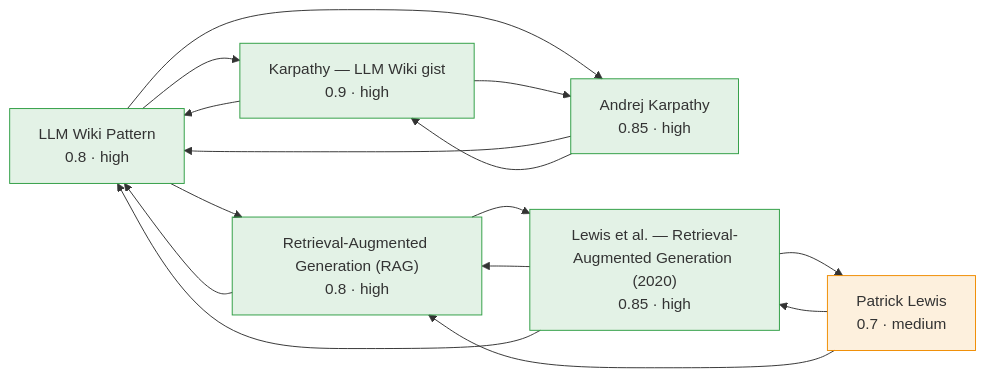
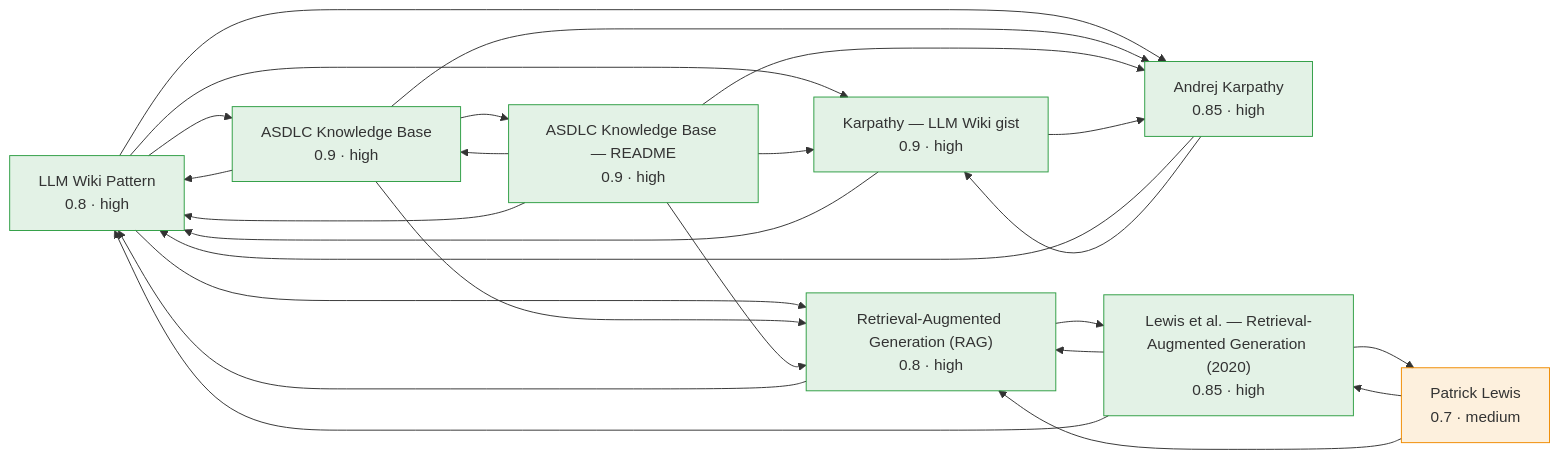
The diagram in .asdlc/knowledge/wiki/index.md (jvanheerikhuize/asdlc-knowledge), drawn with Mermaid before and after one commit. The commit also changed 7 other files, not shown here.

````diff
--- a/.asdlc/knowledge/wiki/index.md
+++ b/.asdlc/knowledge/wiki/index.md
@@ -9,29 +9,43 @@
 ```mermaid
 graph LR
   llm_wiki_pattern["LLM Wiki Pattern<br/>0.8 · high"]
   style llm_wiki_pattern fill:#2f9e4422,stroke:#2f9e44
   retrieval_augmented_generation["Retrieval-Augmented Generation (RAG)<br/>0.8 · high"]
   style retrieval_augmented_generation fill:#2f9e4422,stroke:#2f9e44
   andrej_karpathy["Andrej Karpathy<br/>0.85 · high"]
   style andrej_karpathy fill:#2f9e4422,stroke:#2f9e44
+  asdlc_knowledge_base["ASDLC Knowledge Base<br/>0.9 · high"]
+  style asdlc_knowledge_base fill:#2f9e4422,stroke:#2f9e44
   patrick_lewis["Patrick Lewis<br/>0.7 · medium"]
   style patrick_lewis fill:#f08c0022,stroke:#f08c00
+  asdlc_knowledge_readme["ASDLC Knowledge Base — README<br/>0.9 · high"]
+  style asdlc_knowledge_readme fill:#2f9e4422,stroke:#2f9e44
   karpathy_llm_wiki["Karpathy — LLM Wiki gist<br/>0.9 · high"]
   style karpathy_llm_wiki fill:#2f9e4422,stroke:#2f9e44
   rag_lewis_2020["Lewis et al. — Retrieval-Augmented Generation (2020)<br/>0.85 · high"]
   style rag_lewis_2020 fill:#2f9e4422,stroke:#2f9e44
   llm_wiki_pattern --> retrieval_augmented_generation
   llm_wiki_pattern --> karpathy_llm_wiki
   llm_wiki_pattern --> andrej_karpathy
+  llm_wiki_pattern --> asdlc_knowledge_base
   retrieval_augmented_generation --> rag_lewis_2020
   retrieval_augmented_generation --> llm_wiki_pattern
   andrej_karpathy --> llm_wiki_pattern
   andrej_karpathy --> karpathy_llm_wiki
+  asdlc_knowledge_base --> llm_wiki_pattern
+  asdlc_knowledge_base --> asdlc_knowledge_readme
+  asdlc_knowledge_base --> andrej_karpathy
+  asdlc_knowledge_base --> retrieval_augmented_generation
   patrick_lewis --> rag_lewis_2020
   patrick_lewis --> retrieval_augmented_generation
+  asdlc_knowledge_readme --> asdlc_knowledge_base
+  asdlc_knowledge_readme --> llm_wiki_pattern
+  asdlc_knowledge_readme --> retrieval_augmented_generation
+  asdlc_knowledge_readme --> andrej_karpathy
+  asdlc_knowledge_readme --> karpathy_llm_wiki
   karpathy_llm_wiki --> andrej_karpathy
   karpathy_llm_wiki --> llm_wiki_pattern
   rag_lewis_2020 --> retrieval_augmented_generation
   rag_lewis_2020 --> patrick_lewis
   rag_lewis_2020 --> llm_wiki_pattern
 ```
````
